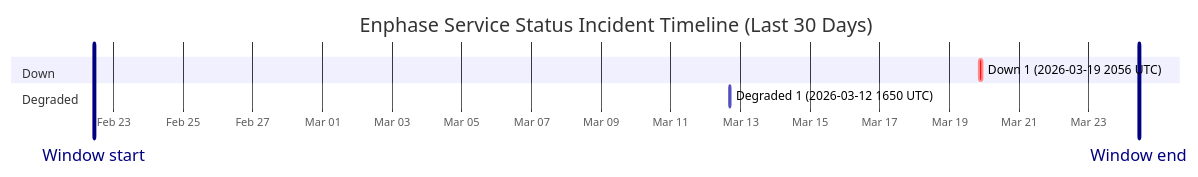
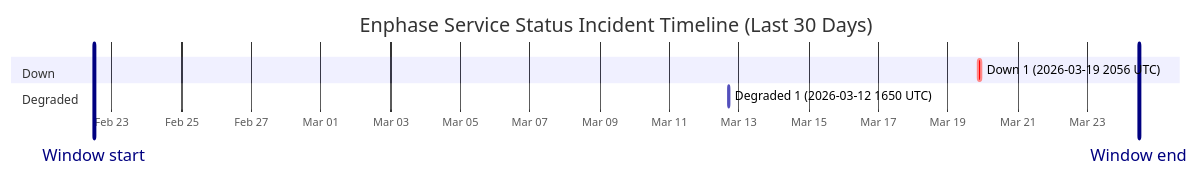
The diagram in wiki/Service-Status-History.md (barneyonline/ha-enphase-ev-charger), drawn with Mermaid before and after one commit. The commit also changed other lines of this file and 3 other files, not shown here.

````diff
--- a/wiki/Service-Status-History.md
+++ b/wiki/Service-Status-History.md
@@ -14,12 +14,12 @@
 ```mermaid
 gantt
     title Enphase Service Status Incident Timeline (Last 30 Days)
     dateFormat  YYYY-MM-DDTHH:mm:ss
     axisFormat  %b %d
-    Window start :vert, window-start, 2026-02-22T10:41:31, 0ms
-    Window end :vert, window-end, 2026-03-24T10:41:31, 0ms
+    Window start :vert, window-start, 2026-02-22T11:38:35, 0ms
+    Window end :vert, window-end, 2026-03-24T11:38:35, 0ms
     section Down
     Down 1 (2026-03-19 2056 UTC) :crit, down-1, 2026-03-19T20:56:20, 145m
     section Degraded
     Degraded 1 (2026-03-12 1650 UTC) :active, degraded-1, 2026-03-12T16:50:43, 60m
 ```
````
